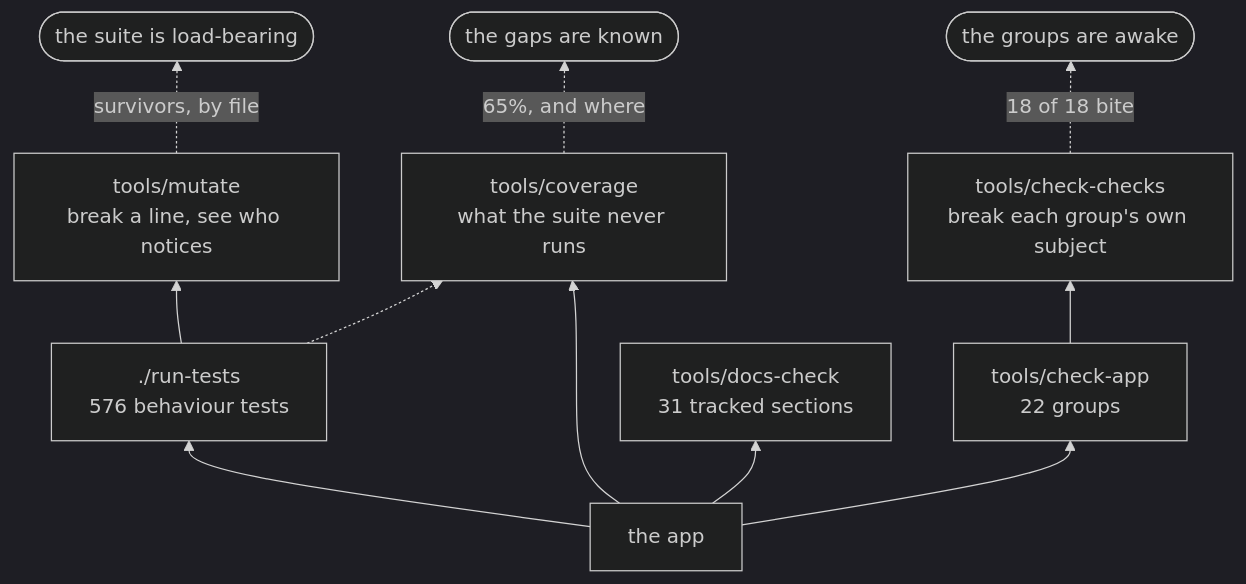
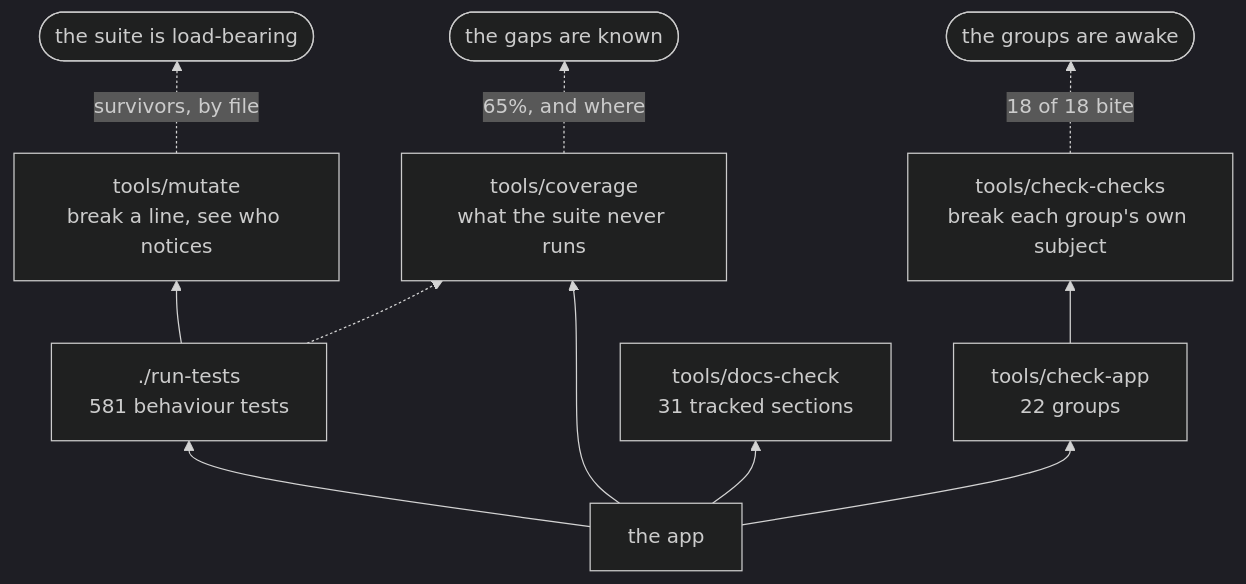
The second of 2 diagrams in docs/DEVELOPING.md (minormending/crystal-pilot-mobile), drawn with Mermaid (dark theme) before and after one commit. The commit also changed other lines of this file and 2 other files, not shown here.

````diff
--- a/docs/DEVELOPING.md
+++ b/docs/DEVELOPING.md
@@ -124,13 +124,13 @@
 ```mermaid
 flowchart BT
-    C["the app"] --> T["./run-tests<br/>576 behaviour tests"]
+    C["the app"] --> T["./run-tests<br/>581 behaviour tests"]
     C --> A["tools/check-app<br/>22 groups"]
     C --> D["tools/docs-check<br/>31 tracked sections"]
     C --> V["tools/coverage<br/>what the suite never runs"]
     T --> M["tools/mutate<br/>break a line, see who notices"]
     A --> K["tools/check-checks<br/>break each group's own subject"]
     T -.-> V
     M -.->|"survivors, by file"| R(["the suite is load-bearing"])
     K -.->|"18 of 18 bite"| R2(["the groups are awake"])
     V -.->|"65%, and where"| R3(["the gaps are known"])
 ```
````
